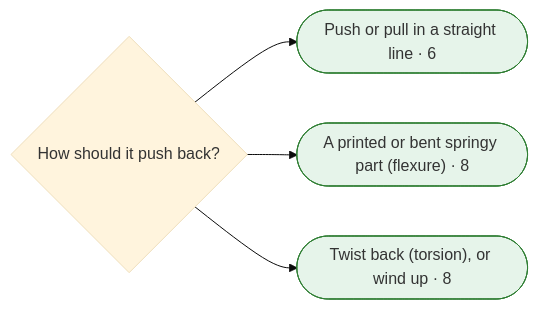
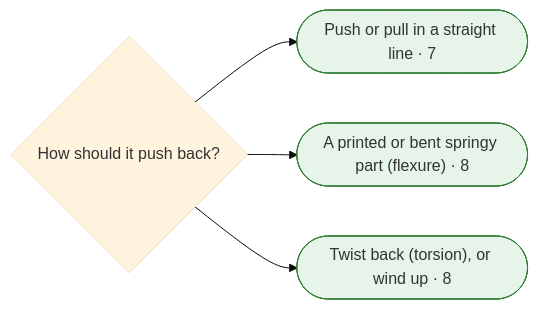
Before and after one commit to smileymcfrown/EncyclopediaOfConnections: the ninth of 11 diagrams in research/finder-test/mermaid.md, drawn with Mermaid (base theme). The commit also changed other lines of this file and 5 other files, not shown here.

````diff
--- a/research/finder-test/mermaid.md
+++ b/research/finder-test/mermaid.md
@@ -673,15 +811,15 @@
 ```mermaid
 flowchart LR
-  q241{"How should it push back?"}
-  a242(["Push or pull in a straight line · 6"])
-  q241 --> a242
-  class a242 leaf
-  a243(["A printed or bent springy part (flexure) · 8"])
-  q241 --> a243
-  class a243 leaf
-  a244(["Twist back (torsion), or wind up · 8"])
-  q241 --> a244
-  class a244 leaf
+  q290{"How should it push back?"}
+  a291(["Push or pull in a straight line · 7"])
+  q290 --> a291
+  class a291 leaf
+  a292(["A printed or bent springy part (flexure) · 8"])
+  q290 --> a292
+  class a292 leaf
+  a293(["Twist back (torsion), or wind up · 8"])
+  q290 --> a293
+  class a293 leaf
   classDef leaf fill:#e6f4ea,stroke:#2e7d32
   classDef more fill:#fff4e5,stroke:#b26a00
 ```
````
